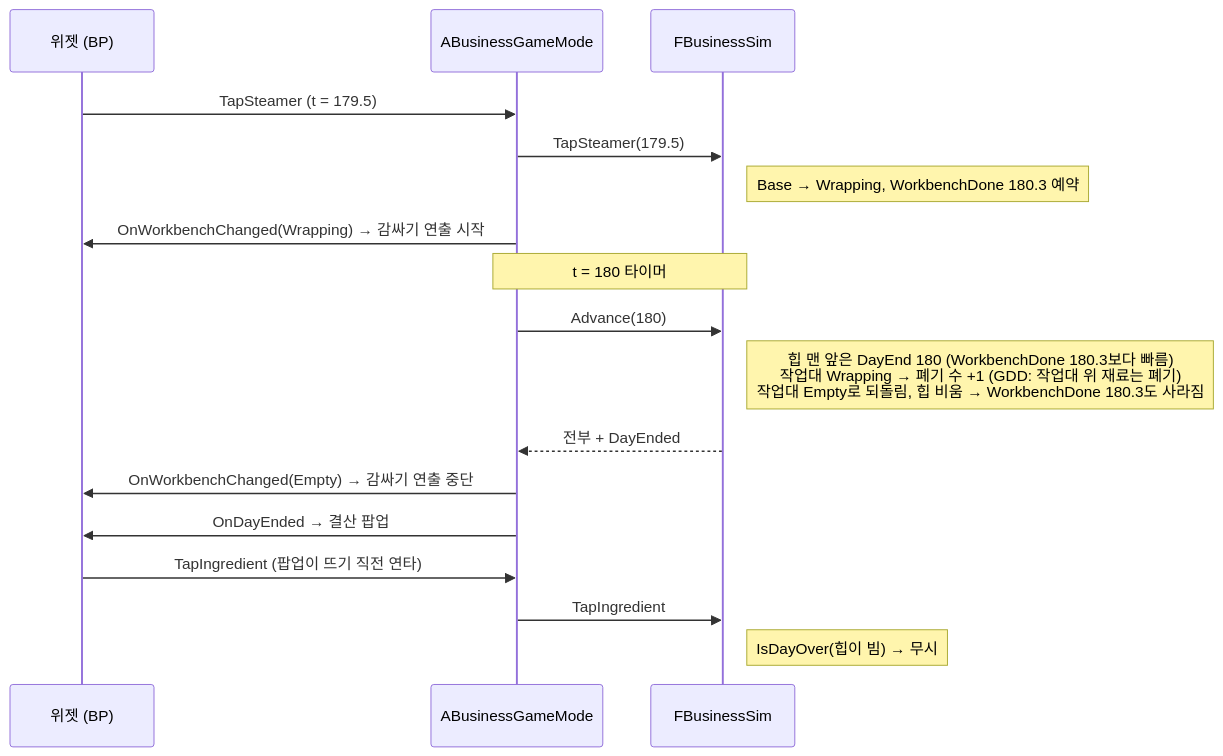
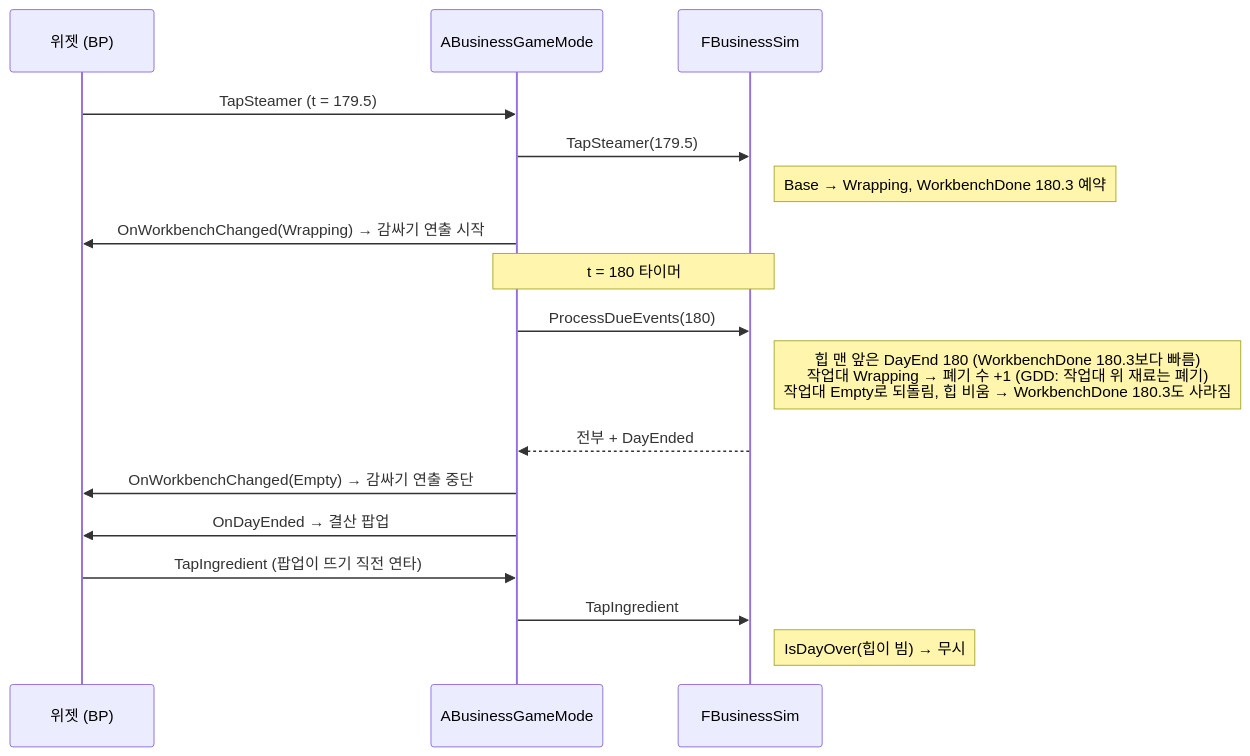
One commit to inthekg/AIProj changed the third of 7 diagrams in docs/02_design/architecture.md. Above: the diagram before and after it, drawn with Mermaid. The commit also changed other lines of this file and 24 other files, not shown here.

````diff
--- a/docs/02_design/architecture.md
+++ b/docs/02_design/architecture.md
@@ -1114,20 +1118,20 @@
 ```mermaid
 sequenceDiagram
     participant W as 위젯 (BP)
     participant GM as ABusinessGameMode
     participant Sim as FBusinessSim
 
     W->>GM: TapSteamer (t = 179.5)
     GM->>Sim: TapSteamer(179.5)
     Note right of Sim: Base → Wrapping, WorkbenchDone 180.3 예약
     GM->>W: OnWorkbenchChanged(Wrapping) → 감싸기 연출 시작
     Note over GM,Sim: t = 180 타이머
-    GM->>Sim: Advance(180)
+    GM->>Sim: ProcessDueEvents(180)
     Note right of Sim: 힙 맨 앞은 DayEnd 180 (WorkbenchDone 180.3보다 빠름)<br/>작업대 Wrapping → 폐기 수 +1 (GDD: 작업대 위 재료는 폐기)<br/>작업대 Empty로 되돌림, 힙 비움 → WorkbenchDone 180.3도 사라짐
     Sim-->>GM: 전부 + DayEnded
     GM->>W: OnWorkbenchChanged(Empty) → 감싸기 연출 중단
     GM->>W: OnDayEnded → 결산 팝업
     W->>GM: TapIngredient (팝업이 뜨기 직전 연타)
     GM->>Sim: TapIngredient
     Note right of Sim: IsDayOver(힙이 빔) → 무시
 ```
````
